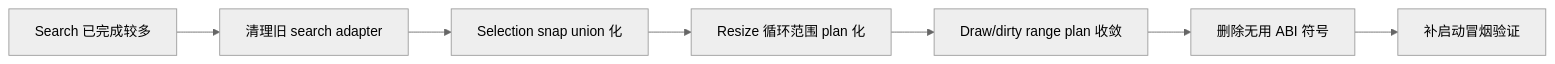
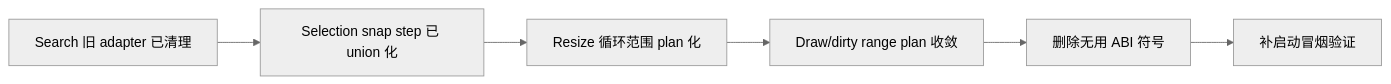
One commit to zdzDesigner/st changed the eighth of 8 diagrams in docs/architecture-flow.md. Above: the diagram before and after it, drawn with Mermaid (neutral theme). The commit also changed other lines of this file and 6 other files, not shown here.

````diff
--- a/docs/architecture-flow.md
+++ b/docs/architecture-flow.md
@@ -192,9 +192,8 @@
 ```mermaid
 flowchart LR
-    A[Search 已完成较多] --> B[清理旧 search adapter]
-    B --> C[Selection snap union 化]
+    A[Search 旧 adapter 已清理] --> C[Selection snap step 已 union 化]
     C --> D[Resize 循环范围 plan 化]
     D --> E[Draw/dirty range plan 收敛]
     E --> F[删除无用 ABI 符号]
     F --> G[补启动冒烟验证]
 ```
````
